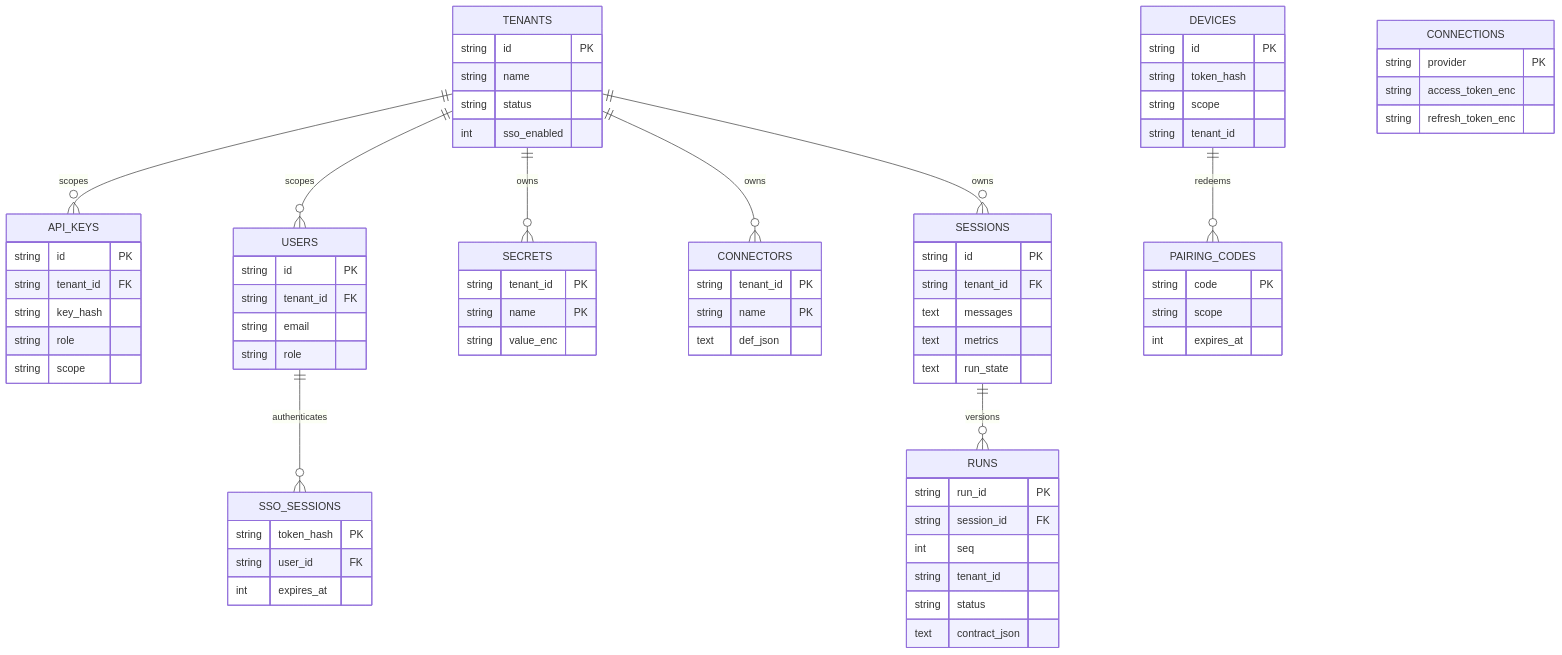
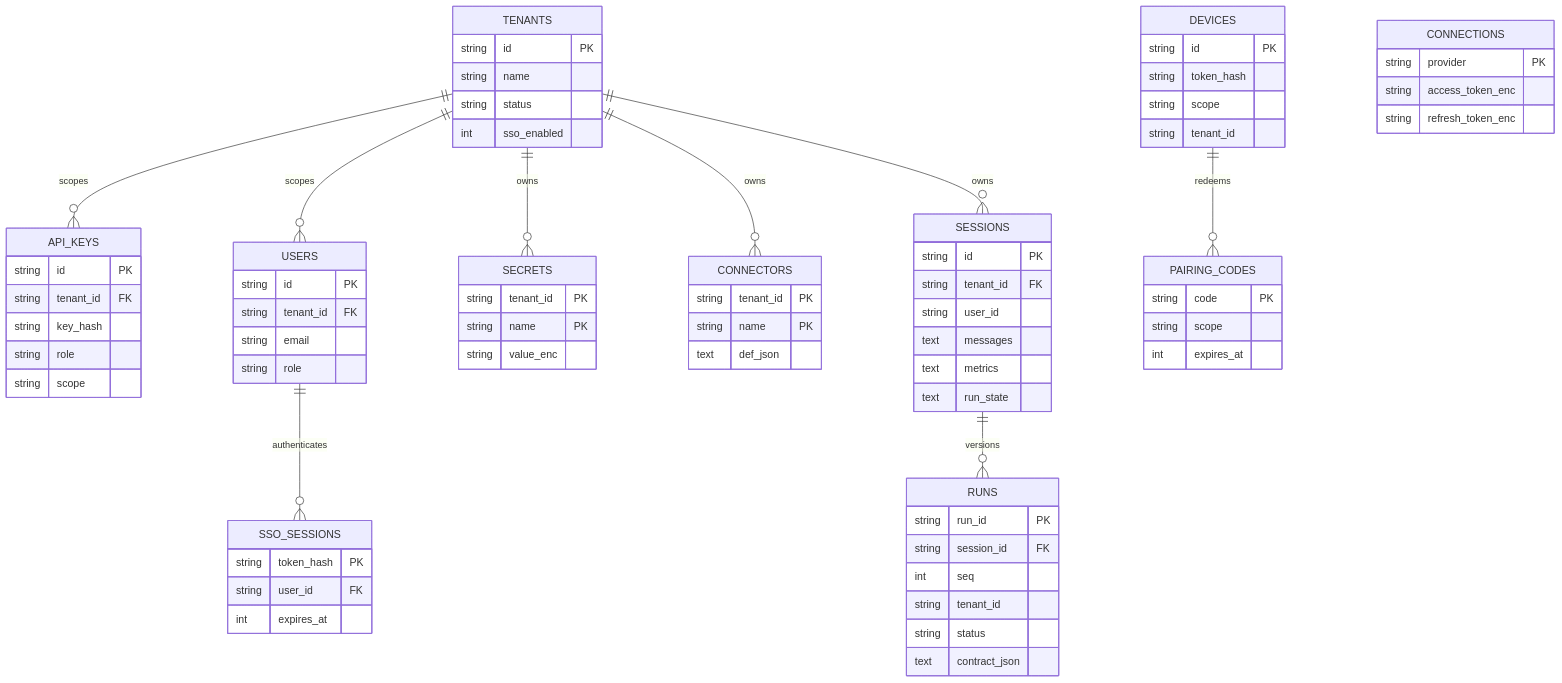
One commit to BLANCO-11/Orbit changed the eighth of 11 diagrams in docs/architecture.md. Above: the diagram before and after it, drawn with Mermaid. The commit also changed other lines of this file and 8 other files, not shown here.

````diff
--- a/docs/architecture.md
+++ b/docs/architecture.md
@@ -318,77 +318,78 @@
 ```mermaid
 erDiagram
     TENANTS ||--o{ API_KEYS : "scopes"
     TENANTS ||--o{ USERS : "scopes"
     TENANTS ||--o{ SECRETS : "owns"
     TENANTS ||--o{ CONNECTORS : "owns"
     TENANTS ||--o{ SESSIONS : "owns"
     SESSIONS ||--o{ RUNS : "versions"
     USERS ||--o{ SSO_SESSIONS : "authenticates"
     DEVICES ||--o{ PAIRING_CODES : "redeems"
 
     TENANTS {
         string id PK
         string name
         string status
         int sso_enabled
     }
     API_KEYS {
         string id PK
         string tenant_id FK
         string key_hash
         string role
         string scope
     }
     USERS {
         string id PK
         string tenant_id FK
         string email
         string role
     }
     SESSIONS {
         string id PK
         string tenant_id FK
+        string user_id
         text messages
         text metrics
         text run_state
     }
     RUNS {
         string run_id PK
         string session_id FK
         int seq
         string tenant_id
         string status
         text contract_json
     }
     SECRETS {
         string tenant_id PK
         string name PK
         string value_enc
     }
     CONNECTORS {
         string tenant_id PK
         string name PK
         text def_json
     }
     CONNECTIONS {
         string provider PK
         string access_token_enc
         string refresh_token_enc
     }
     DEVICES {
         string id PK
         string token_hash
         string scope
         string tenant_id
     }
     PAIRING_CODES {
         string code PK
         string scope
         int expires_at
     }
     SSO_SESSIONS {
         string token_hash PK
         string user_id FK
         int expires_at
     }
 ```
````
